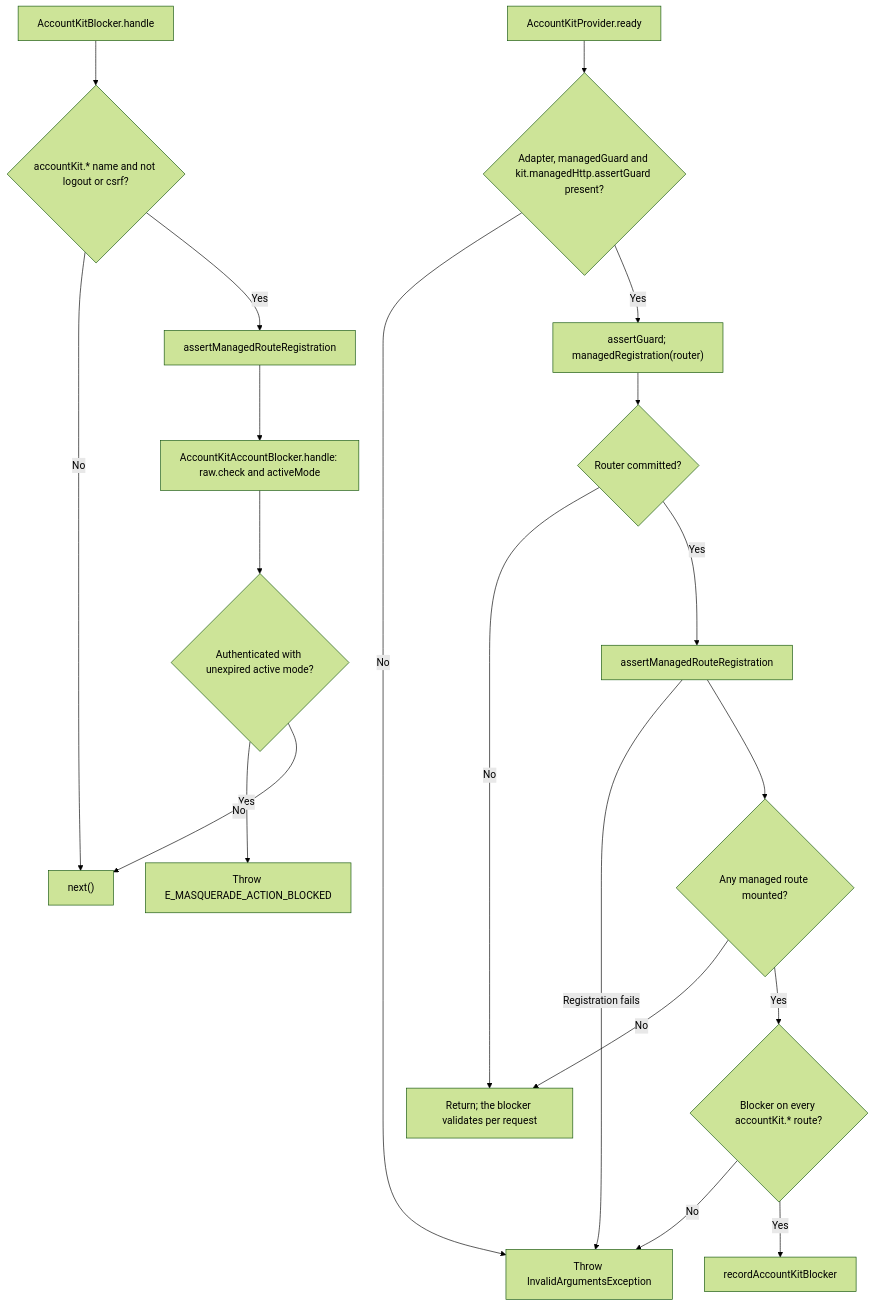
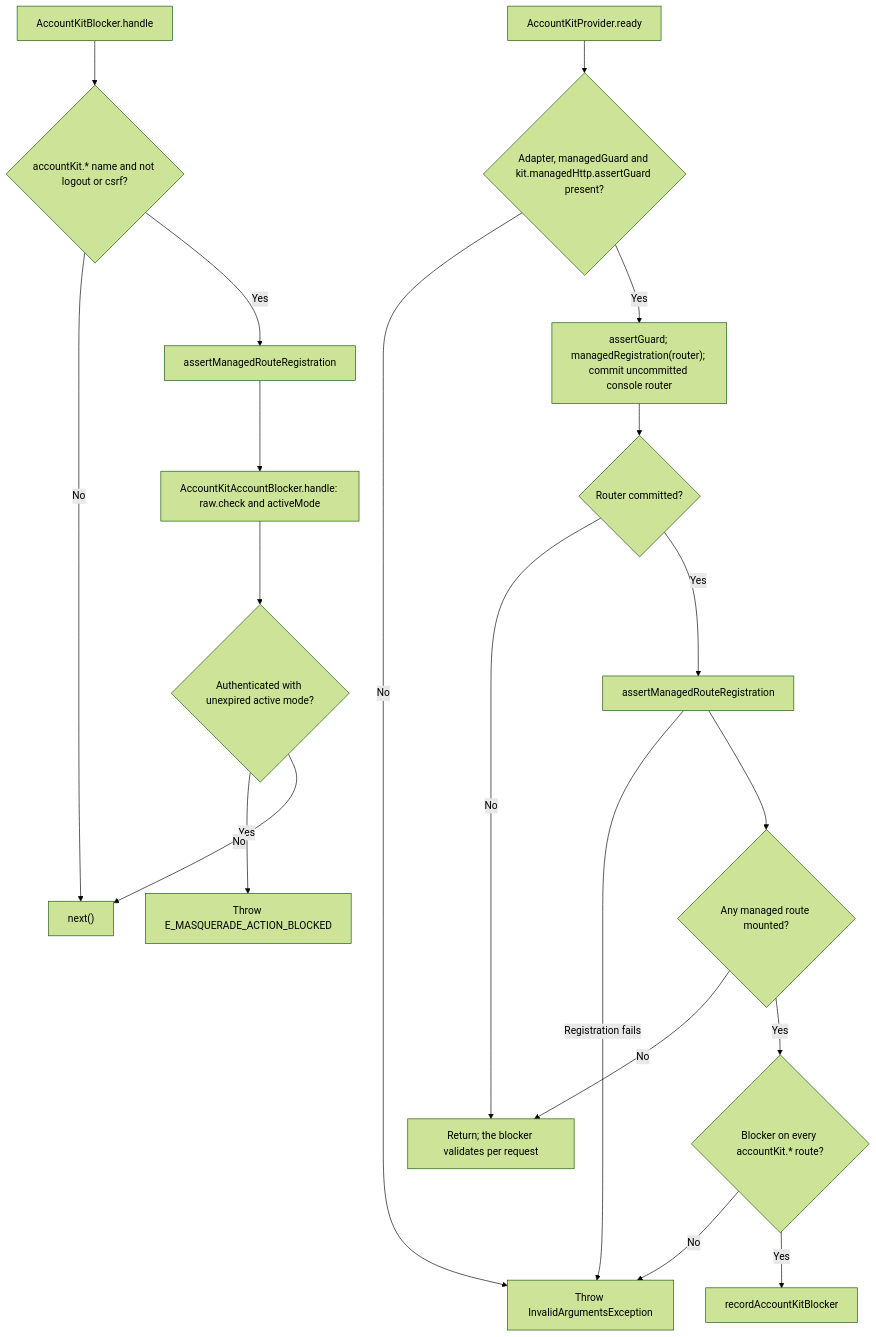
Before and after one commit to Kevinjohn/oss-adonisjs-masquerade: the second of 2 diagrams in user-stories/protect-native-account/us-account-02-install-account-kit-blocker.md, drawn with Mermaid (forest theme). The commit also changed 20 other files, not shown here.

````diff
--- a/user-stories/protect-native-account/us-account-02-install-account-kit-blocker.md
+++ b/user-stories/protect-native-account/us-account-02-install-account-kit-blocker.md
@@ -40,22 +40,22 @@
 ```mermaid
 flowchart TD
     A["AccountKitProvider.ready"] --> B{"Adapter, managedGuard and kit.managedHttp.assertGuard present?"}
     B -->|No| C["Throw InvalidArgumentsException"]
-    B -->|Yes| D["assertGuard; managedRegistration(router)"]
+    B -->|Yes| D["assertGuard; managedRegistration(router); commit uncommitted console router"]
     D --> E{"Router committed?"}
     E -->|No| F["Return; the blocker validates per request"]
     E -->|Yes| G["assertManagedRouteRegistration"]
     G -->|Registration fails| C
     G --> Q{"Any managed route mounted?"}
     Q -->|No| F
     Q -->|Yes| H{"Blocker on every accountKit.* route?"}
     H -->|No| C
     H -->|Yes| I["recordAccountKitBlocker"]
     J["AccountKitBlocker.handle"] --> K{"accountKit.* name and not logout or csrf?"}
     K -->|No| L["next()"]
     K -->|Yes| M["assertManagedRouteRegistration"]
     M --> N["AccountKitAccountBlocker.handle: raw.check and activeMode"]
     N --> O{"Authenticated with unexpired active mode?"}
     O -->|Yes| P["Throw E_MASQUERADE_ACTION_BLOCKED"]
     O -->|No| L
 ```
````
